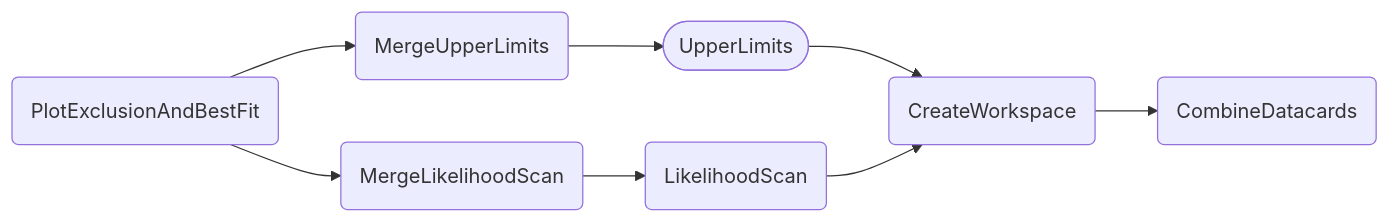
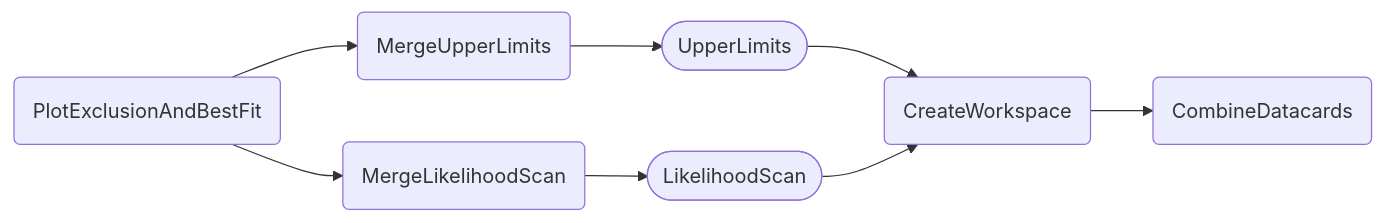
The first of 2 diagrams in docs/content/tasks/exclusion.md (cms-hh/inference_tools), drawn with Mermaid before and after one commit. The commit also changed other lines of this file and 6 other files, not shown here.

````diff
--- a/docs/content/tasks/exclusion.md
+++ b/docs/content/tasks/exclusion.md
@@ -34,10 +34,10 @@
 ```mermaid
 graph LR;
     A(PlotExclusionAndBestFit) --> B(MergeUpperLimits);
     A(PlotExclusionAndBestFit) --> C(MergeLikelihoodScan);
     B --> D([UpperLimits]);
     D --> F(CreateWorkspace);
     F --> G(CombineDatacards);
-    C --> E(LikelihoodScan);
+    C --> E([LikelihoodScan]);
     E --> F;
 ```
````
